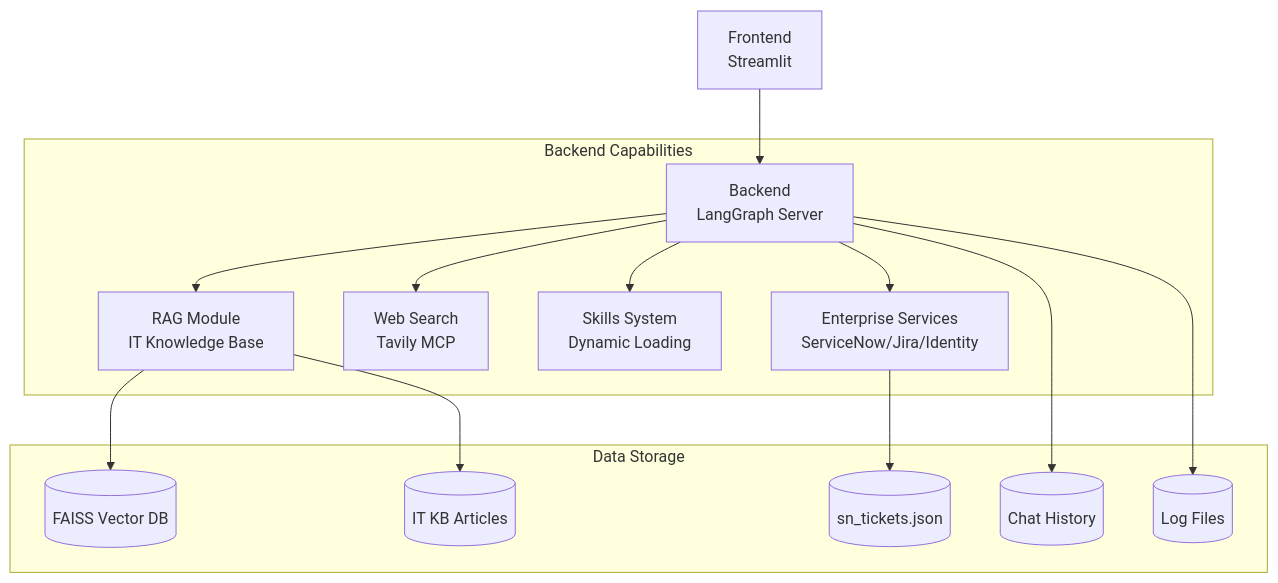
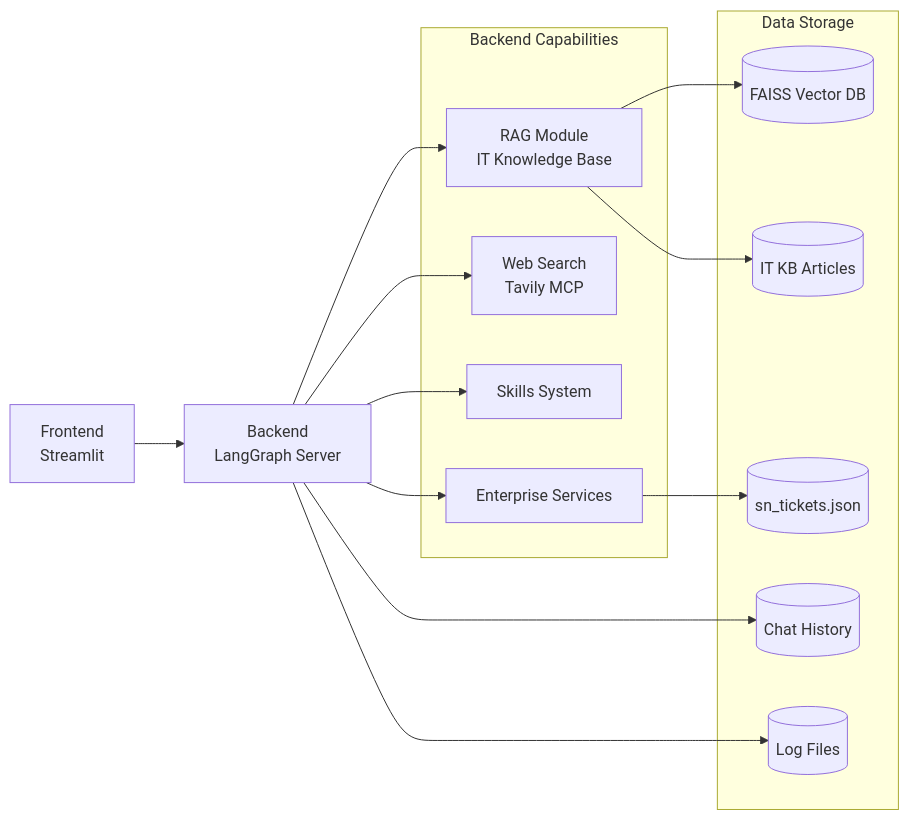
The diagram in PROJECT_DESCRIPTION.md (yongkui/project-aero), drawn with Mermaid before and after one commit.

Commit message:
docs: Change architecture diagram layout to left-to-right

````diff
--- a/PROJECT_DESCRIPTION.md
+++ b/PROJECT_DESCRIPTION.md
@@ -26,19 +26,29 @@
 ```mermaid
-graph TD
+graph LR
     A[Frontend\nStreamlit] --> B[Backend\nLangGraph Server]
     
     subgraph Backend Capabilities
-        B --> C[RAG Module\nIT Knowledge Base]
-        B --> D[Web Search\nTavily MCP]
-        B --> E[Skills System\nDynamic Loading]
-        B --> F[Enterprise Services\nServiceNow/Jira/Identity]
+        C[RAG Module\nIT Knowledge Base]
+        D[Web Search\nTavily MCP]
+        E[Skills System]
+        F[Enterprise Services]
     end
     
     subgraph Data Storage
-        C --> G[(FAISS Vector DB)]
-        C --> H[(IT KB Articles)]
-        F --> I[(sn_tickets.json)]
-        B --> J[(Chat History)]
-        B --> K[(Log Files)]
+        G[(FAISS Vector DB)]
+        H[(IT KB Articles)]
+        I[(sn_tickets.json)]
+        J[(Chat History)]
+        K[(Log Files)]
     end
+    
+    B --> C
+    B --> D
+    B --> E
+    B --> F
+    C --> G
+    C --> H
+    F --> I
+    B --> J
+    B --> K
 ```
````
